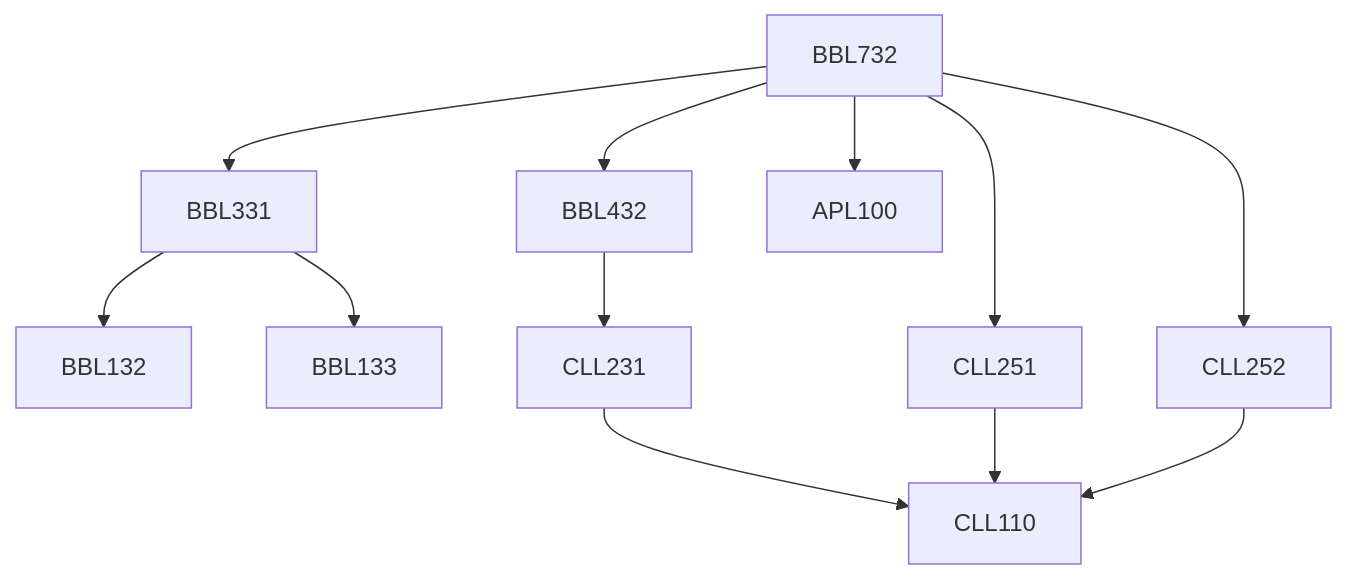
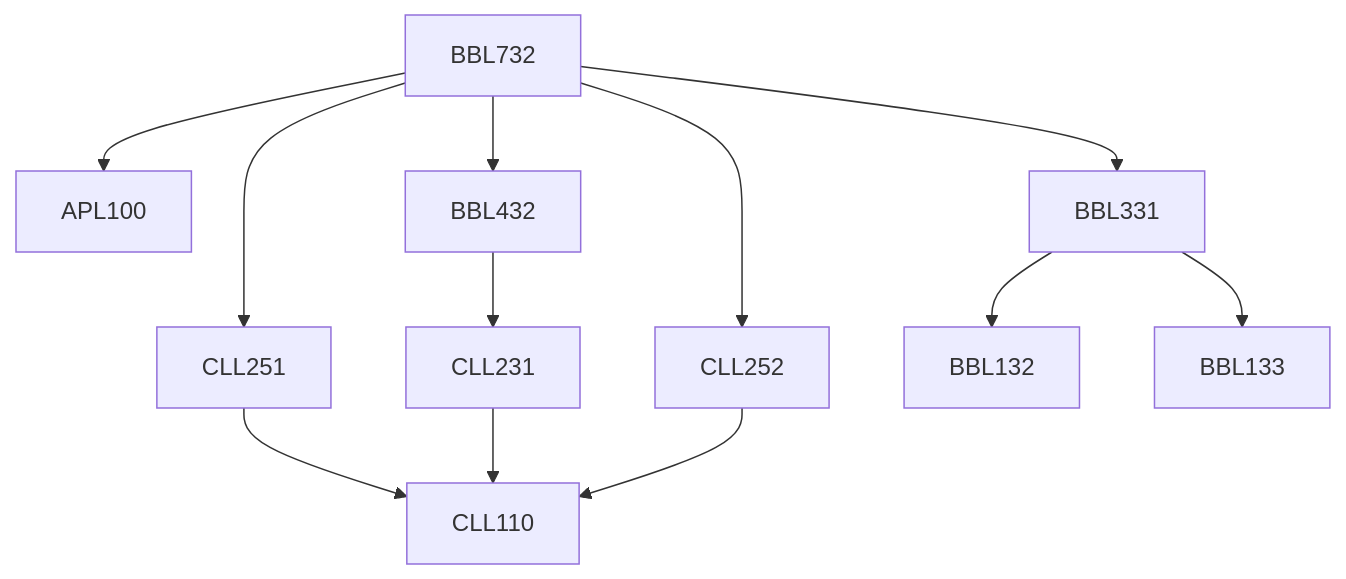
Before and after one commit to KeshavBansal0122/CoS_Website: the diagram in content/Biochemical Engineering and Biotechnology/BBL732.md, drawn with Mermaid. The commit also changed other lines of this file and 2662 other files, not shown here.

````diff
--- a/content/Biochemical Engineering and Biotechnology/BBL732.md
+++ b/content/Biochemical Engineering and Biotechnology/BBL732.md
@@ -15,18 +15,18 @@
 ```mermaid
 flowchart TD
 BBL732-86[BBL732]
+BBL732-86 --> APL100-86[APL100]
+BBL732-86 --> CLL252-86[CLL252]
+BBL432-86 --> CLL231-86[CLL231]
+CLL251-86 --> CLL110-86[CLL110]
+BBL732-86 --> BBL432-86[BBL432]
 BBL331-86 --> BBL132-86[BBL132]
+BBL732-86 --> CLL251-86[CLL251]
+BBL732-86 --> BBL331-86[BBL331]
 BBL331-86 --> BBL133-86[BBL133]
 CLL231-86 --> CLL110-86[CLL110]
-BBL432-86 --> CLL231-86[CLL231]
-CLL251-86 --> CLL110-86[CLL110]
-BBL732-86 --> BBL331-86[BBL331]
-BBL732-86 --> APL100-86[APL100]
-BBL732-86 --> BBL432-86[BBL432]
 CLL252-86 --> CLL110-86[CLL110]
-BBL732-86 --> CLL251-86[CLL251]
-BBL732-86 --> CLL252-86[CLL252]
 
 classDef empty height:17px, fill:transparent, stroke:transparent;
 classDef trueEmpty height:0px, width:0px;
 ```
````
